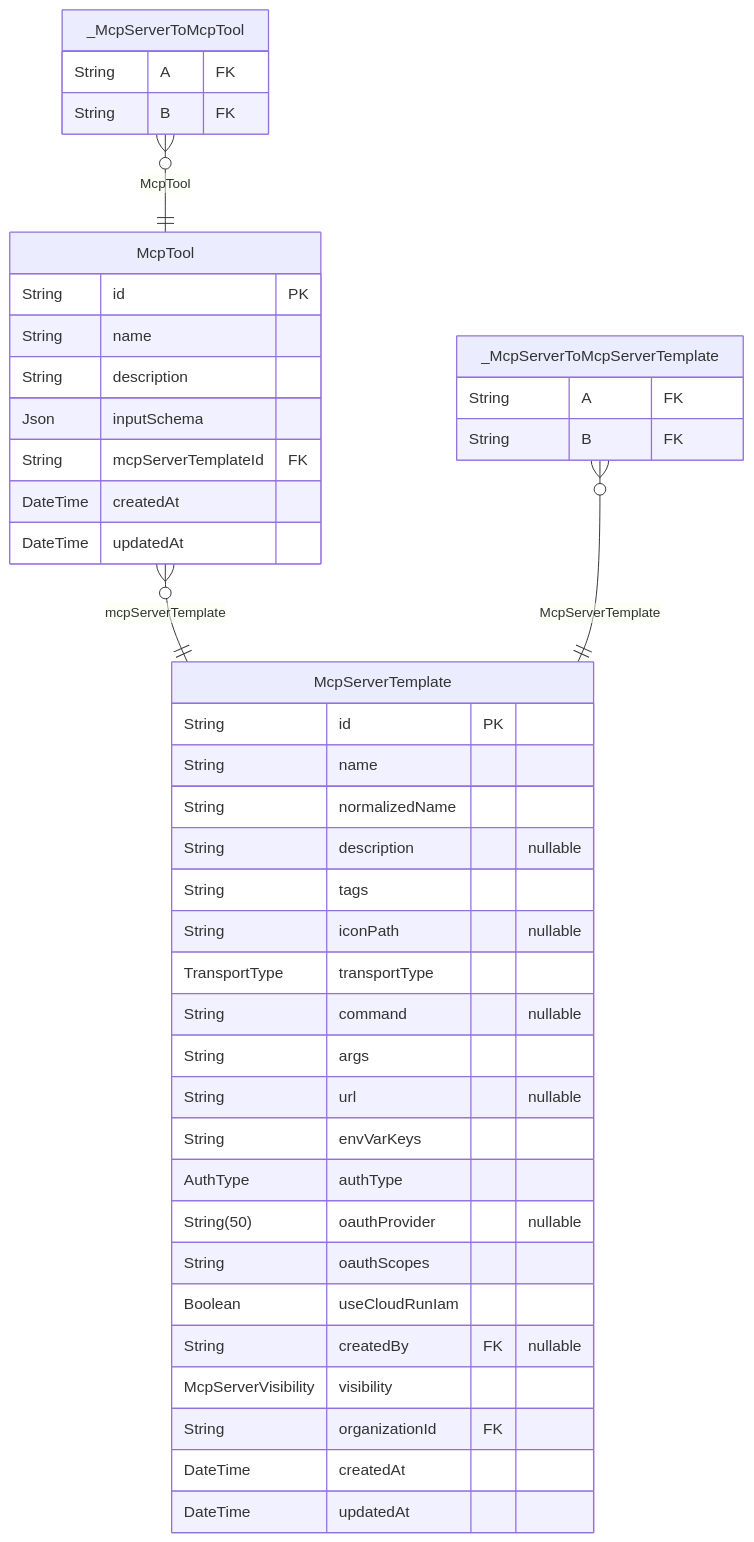
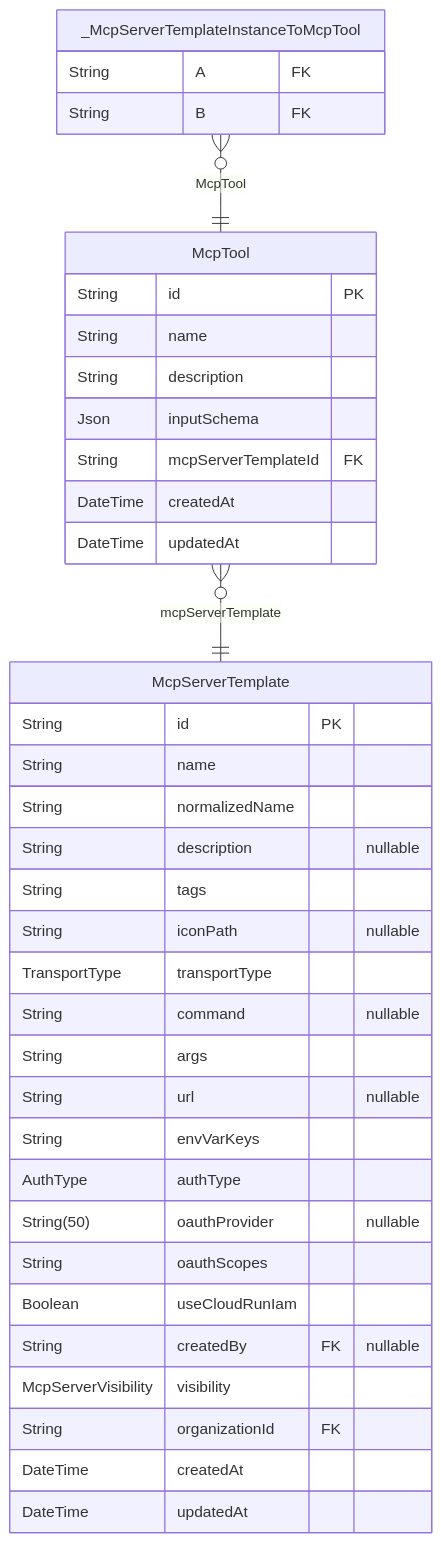
One commit to rayven122/tumiki changed the third of 8 diagrams in packages/db/prisma/README.md. Above: the diagram before and after it, drawn with Mermaid. The commit also changed other lines of this file, not shown here.

First line of the commit message:
docs(db): McpServerTemplateInstanceモデル導入に伴いREADMEを更新

````diff
--- a/packages/db/prisma/README.md
+++ b/packages/db/prisma/README.md
@@ -164,45 +164,40 @@
 ```mermaid
 erDiagram
 "McpServerTemplate" {
   String id PK
   String name
   String normalizedName
   String description "nullable"
   String tags
   String iconPath "nullable"
   TransportType transportType
   String command "nullable"
   String args
   String url "nullable"
   String envVarKeys
   AuthType authType
   String(50) oauthProvider "nullable"
   String oauthScopes
   Boolean useCloudRunIam
   String createdBy FK "nullable"
   McpServerVisibility visibility
   String organizationId FK
   DateTime createdAt
   DateTime updatedAt
 }
 "McpTool" {
   String id PK
   String name
   String description
   Json inputSchema
   String mcpServerTemplateId FK
   DateTime createdAt
   DateTime updatedAt
 }
-"_McpServerToMcpServerTemplate" {
-  String A FK
-  String B FK
-}
-"_McpServerToMcpTool" {
+"_McpServerTemplateInstanceToMcpTool" {
   String A FK
   String B FK
 }
 "McpTool" }o--|| "McpServerTemplate" : mcpServerTemplate
-"_McpServerToMcpServerTemplate" }o--|| "McpServerTemplate" : McpServerTemplate
-"_McpServerToMcpTool" }o--|| "McpTool" : McpTool
+"_McpServerTemplateInstanceToMcpTool" }o--|| "McpTool" : McpTool
 ```
````
